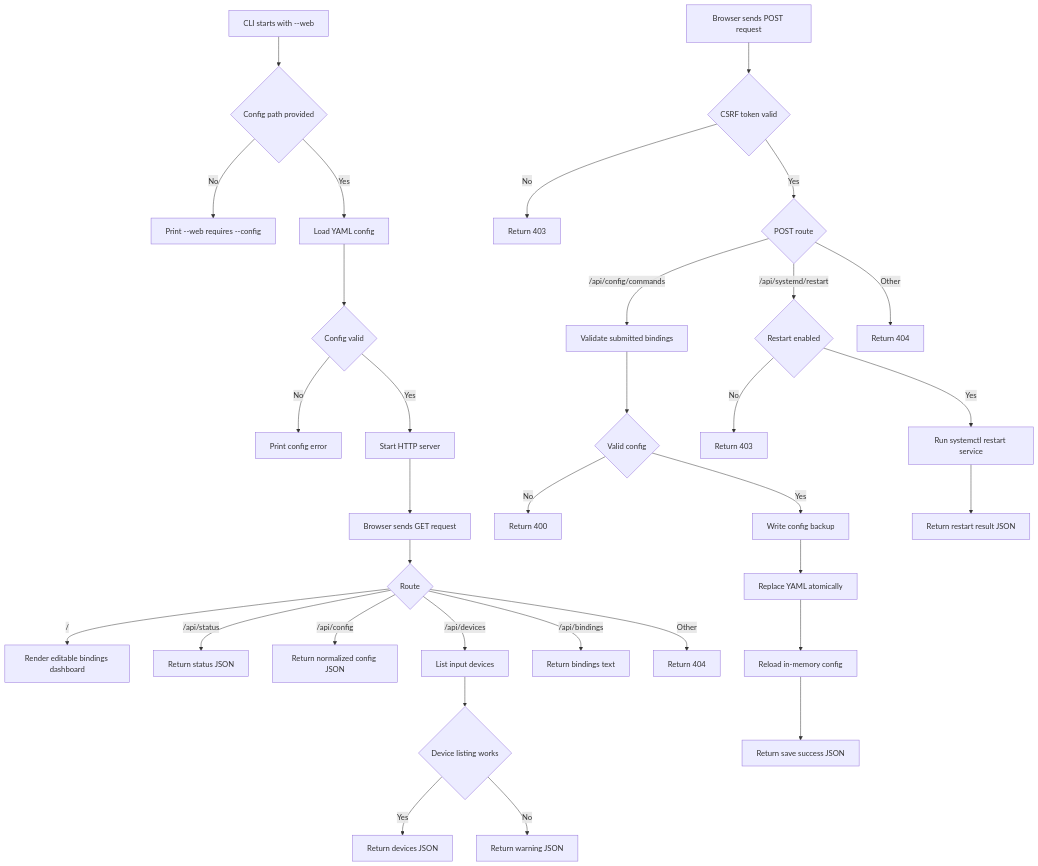
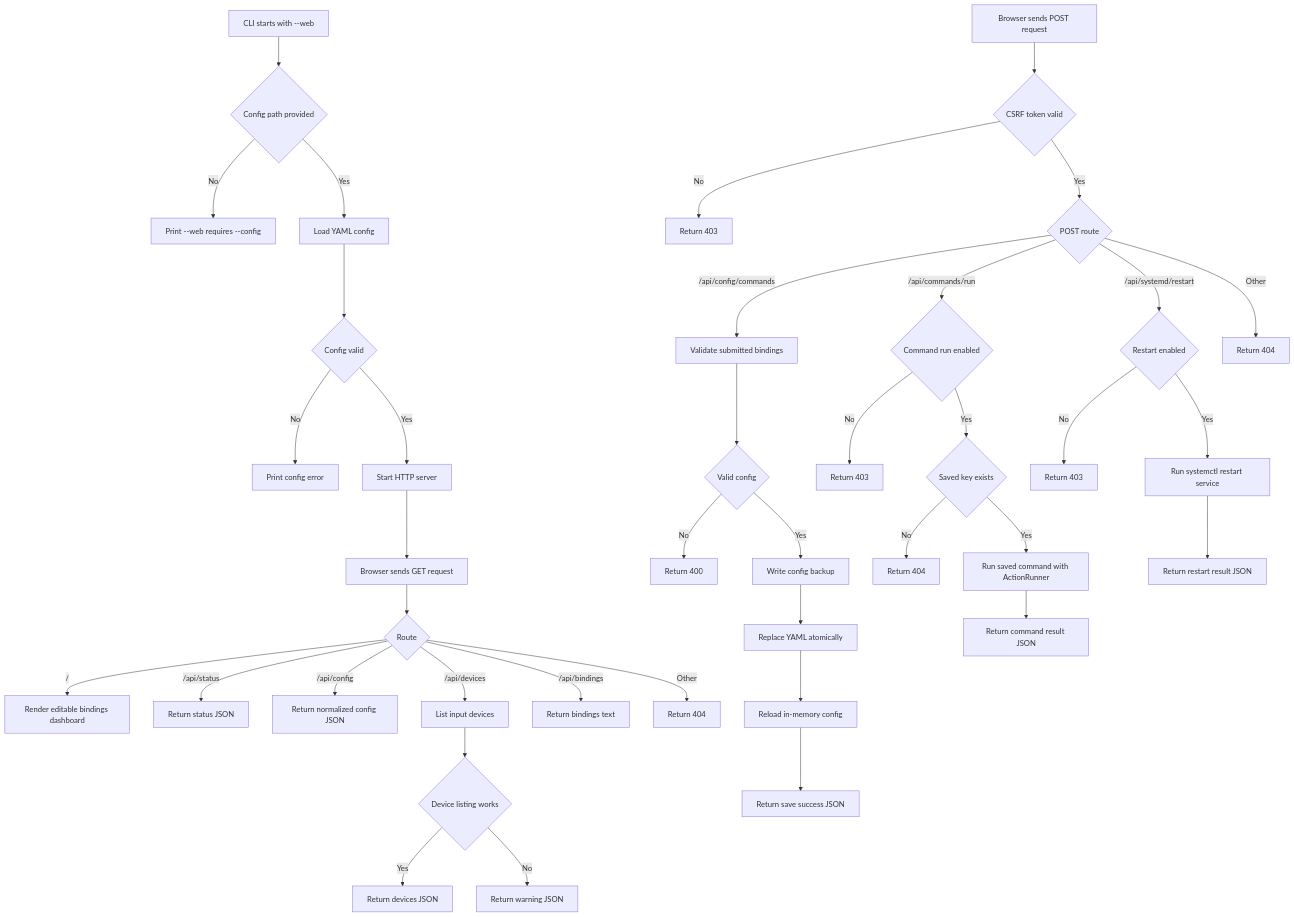
Before and after one commit to shaposhnikoff/Raspberry_Ham_Keypad: the diagram in docs/diagrams/web-interface-flow.md, drawn with Mermaid. The commit also changed 5 other files, not shown here.

Commit message:
feat: run configured commands from web

````diff
--- a/docs/diagrams/web-interface-flow.md
+++ b/docs/diagrams/web-interface-flow.md
@@ -3,37 +3,44 @@
 ```mermaid
 flowchart TD
     Start[CLI starts with --web] --> NeedConfig{Config path provided}
     NeedConfig -->|No| ConfigError[Print --web requires --config]
     NeedConfig -->|Yes| LoadConfig[Load YAML config]
     LoadConfig --> ValidConfig{Config valid}
     ValidConfig -->|No| PrintError[Print config error]
     ValidConfig -->|Yes| StartServer[Start HTTP server]
     StartServer --> Request[Browser sends GET request]
     Request --> Route{Route}
     Route -->|/| Dashboard[Render editable bindings dashboard]
     Route -->|/api/status| Status[Return status JSON]
     Route -->|/api/config| Config[Return normalized config JSON]
     Route -->|/api/devices| Devices[List input devices]
     Devices --> DeviceOk{Device listing works}
     DeviceOk -->|Yes| DeviceJson[Return devices JSON]
     DeviceOk -->|No| DeviceWarning[Return warning JSON]
     Route -->|/api/bindings| Bindings[Return bindings text]
     Route -->|Other| NotFound[Return 404]
 
     BrowserPost[Browser sends POST request] --> Csrf{CSRF token valid}
     Csrf -->|No| Forbidden[Return 403]
     Csrf -->|Yes| PostRoute{POST route}
     PostRoute -->|/api/config/commands| ValidateBindings[Validate submitted bindings]
     ValidateBindings --> ValidBindings{Valid config}
     ValidBindings -->|No| SaveRejected[Return 400]
     ValidBindings -->|Yes| Backup[Write config backup]
     Backup --> AtomicWrite[Replace YAML atomically]
     AtomicWrite --> ReloadConfig[Reload in-memory config]
     ReloadConfig --> SaveOk[Return save success JSON]
 
+    PostRoute -->|/api/commands/run| RunAllowed{Command run enabled}
+    RunAllowed -->|No| RunForbidden[Return 403]
+    RunAllowed -->|Yes| FindCommand{Saved key exists}
+    FindCommand -->|No| RunNotFound[Return 404]
+    FindCommand -->|Yes| RunCommand[Run saved command with ActionRunner]
+    RunCommand --> RunResult[Return command result JSON]
+
     PostRoute -->|/api/systemd/restart| RestartAllowed{Restart enabled}
     RestartAllowed -->|No| RestartForbidden[Return 403]
     RestartAllowed -->|Yes| RestartService[Run systemctl restart service]
     RestartService --> RestartResult[Return restart result JSON]
     PostRoute -->|Other| PostNotFound[Return 404]
 ```
````
